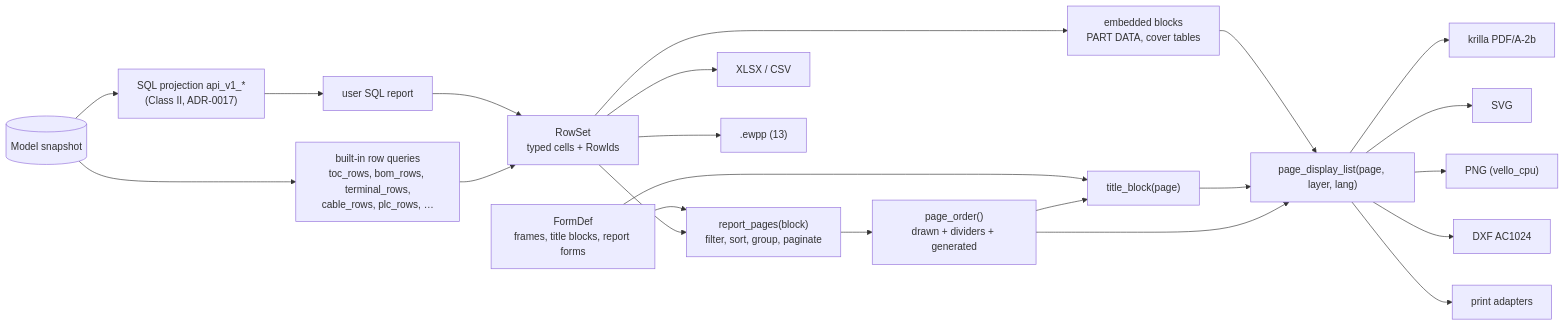
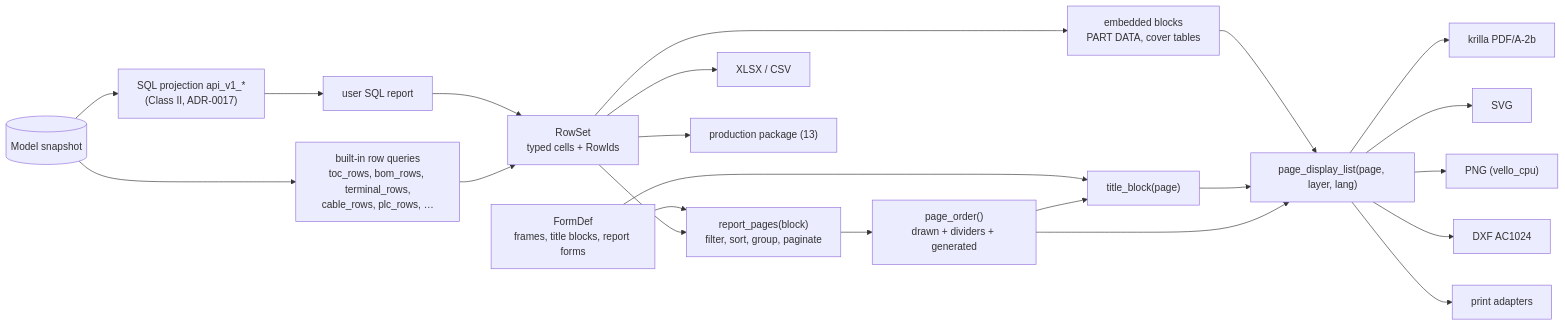
One commit to Ironkode787/ElektraWatt changed the diagram in docs/design/09-reports-forms.md. Above: the diagram before and after it, drawn with Mermaid. The commit also changed other lines of this file and 25 other files, not shown here.

First line of the commit message:
docs: the production package by its name; crates that are not made leave the documents

````diff
--- a/docs/design/09-reports-forms.md
+++ b/docs/design/09-reports-forms.md
@@ -38,17 +38,17 @@
 ```mermaid
 flowchart LR
   M[("Model snapshot")] --> RQ["built-in row queries<br/>toc_rows, bom_rows, terminal_rows,<br/>cable_rows, plc_rows, …"]
   M --> PRJ["SQL projection api_v1_*<br/>(Class II, ADR-0017)"]
   PRJ --> SQ["user SQL report"]
   RQ --> RS["RowSet<br/>typed cells + RowIds"]
   SQ --> RS
   RS --> PG["report_pages(block)<br/>filter, sort, group, paginate"]
   PG --> PO["page_order()<br/>drawn + dividers + generated"]
   PO --> TB["title_block(page)"]
   FD["FormDef<br/>frames, title blocks, report forms"] --> PG & TB
   PO --> DL["page_display_list(page, layer, lang)"]
   TB --> DL
   RS --> EMB["embedded blocks<br/>PART DATA, cover tables"] --> DL
   DL --> PDF["krilla PDF/A-2b"] & SVG["SVG"] & PNG["PNG (vello_cpu)"] & DXF["DXF AC1024"] & PRN["print adapters"]
-  RS --> XL["XLSX / CSV"] & EWPP[".ewpp (13)"]
+  RS --> XL["XLSX / CSV"] & EWPP["production package (13)"]
 ```
````
